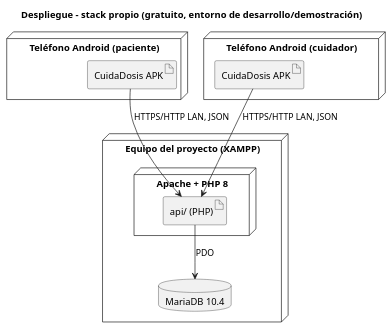
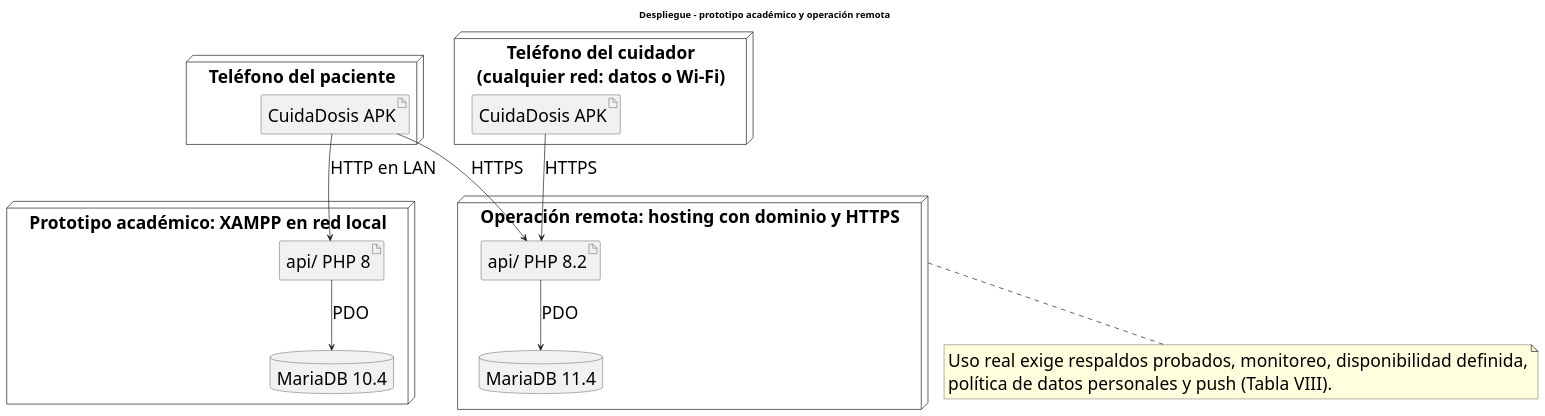
One commit to AlfonsoRE/CuidaDosis changed the diagram in docs/diagramas/03_despliegue_propio.puml. Above: the diagram before and after it, drawn with PlantUML. The commit also changed 14 other files, not shown here.

First line of the commit message:
docs: P3 v1.1 y P4 v1.1 con la retroalimentación del docente

```diff
--- a/docs/diagramas/03_despliegue_propio.puml
+++ b/docs/diagramas/03_despliegue_propio.puml
@@ -1,19 +1,25 @@
 @startuml
-title Despliegue - stack propio (gratuito, entorno de desarrollo/demostración)
+title Despliegue - prototipo académico y operación remota
 skinparam shadowing false
-node "Teléfono Android (paciente)" as T1 {
+skinparam defaultFontSize 26
+node "Teléfono del paciente" as T1 {
   artifact "CuidaDosis APK" as A1
 }
-node "Teléfono Android (cuidador)" as T2 {
+node "Teléfono del cuidador\n(cualquier red: datos o Wi-Fi)" as T2 {
   artifact "CuidaDosis APK" as A2
 }
-node "Equipo del proyecto (XAMPP)" as S {
-  node "Apache + PHP 8" as W {
-    artifact "api/ (PHP)" as PHP
-  }
+node "Prototipo académico: XAMPP en red local" as S {
+  artifact "api/ PHP 8" as PHP
   database "MariaDB 10.4" as DB
 }
-A1 --> PHP : HTTPS/HTTP LAN, JSON
-A2 --> PHP : HTTPS/HTTP LAN, JSON
+node "Operación remota: hosting con dominio y HTTPS" as H {
+  artifact "api/ PHP 8.2" as PHP2
+  database "MariaDB 11.4" as DB2
+}
+A1 --> PHP : HTTP en LAN
+A1 --> PHP2 : HTTPS
+A2 --> PHP2 : HTTPS
 PHP --> DB : PDO
+PHP2 --> DB2 : PDO
+note bottom of H : Uso real exige respaldos probados, monitoreo, disponibilidad definida,\npolítica de datos personales y push (Tabla VIII).
 @enduml
```
